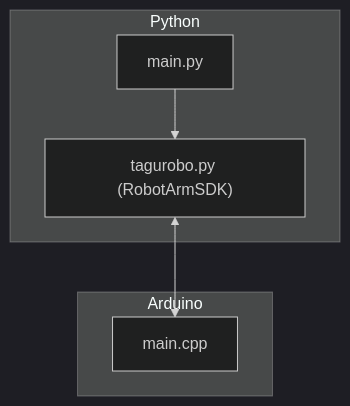
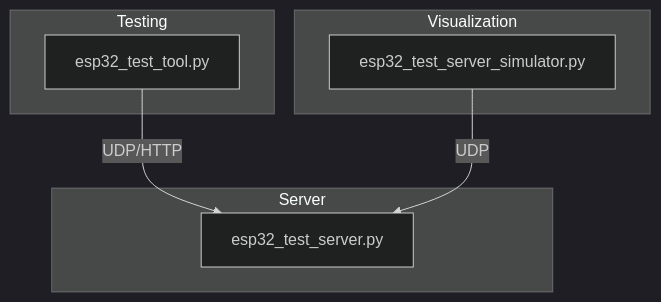
The diagram in README.md (tamon0987/vlm-action), drawn with Mermaid (dark theme) before and after one commit. The commit also changed other lines of this file and 8 other files, not shown here.

````diff
--- a/README.md
+++ b/README.md
@@ -114,12 +27,14 @@
 ```mermaid
 flowchart TD
-    subgraph Arduino
-        A1["main.cpp"]
+    subgraph Testing
+        A[esp32_test_tool.py]
     end
-    subgraph Python
-        B1["main.py"]
-        B2["tagurobo.py (RobotArmSDK)"]
+    subgraph Visualization
+        B[esp32_test_server_simulator.py]
     end
-    B1 --> B2
-    B2 <--> A1
+    subgraph Server
+        C[esp32_test_server.py]
+    end
+    A --> |UDP/HTTP| C
+    B --> |UDP| C
 ```
````
